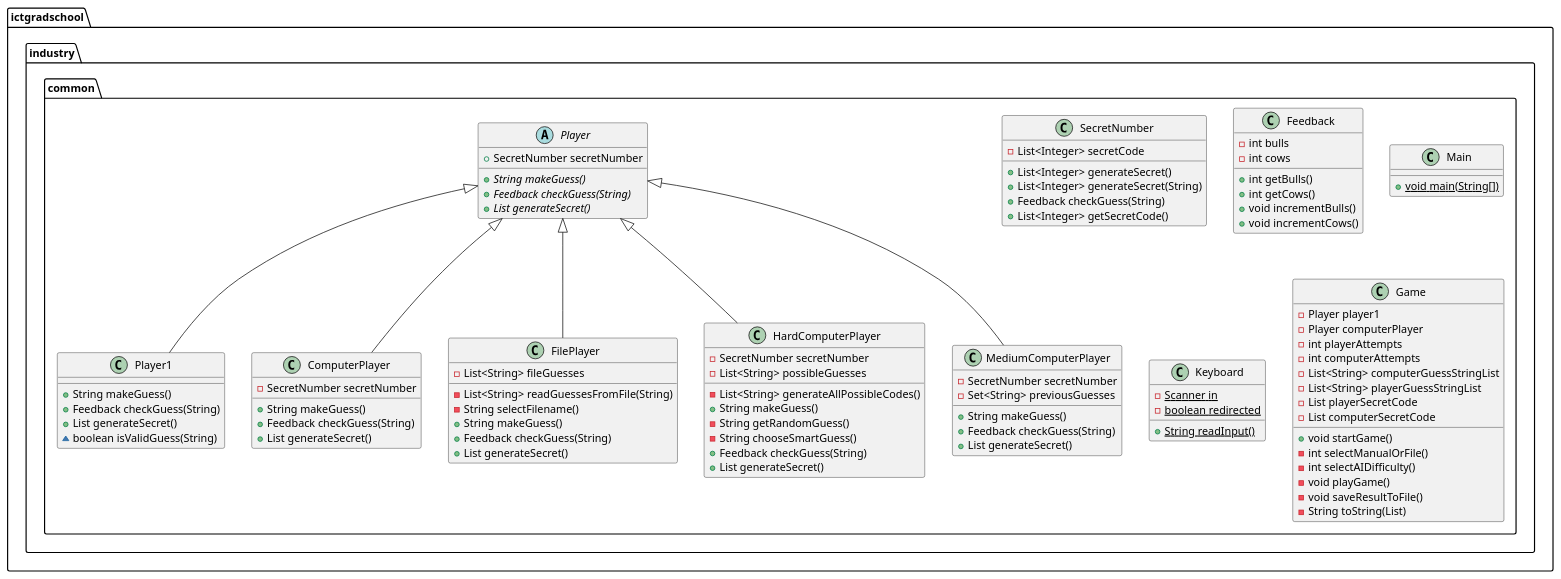
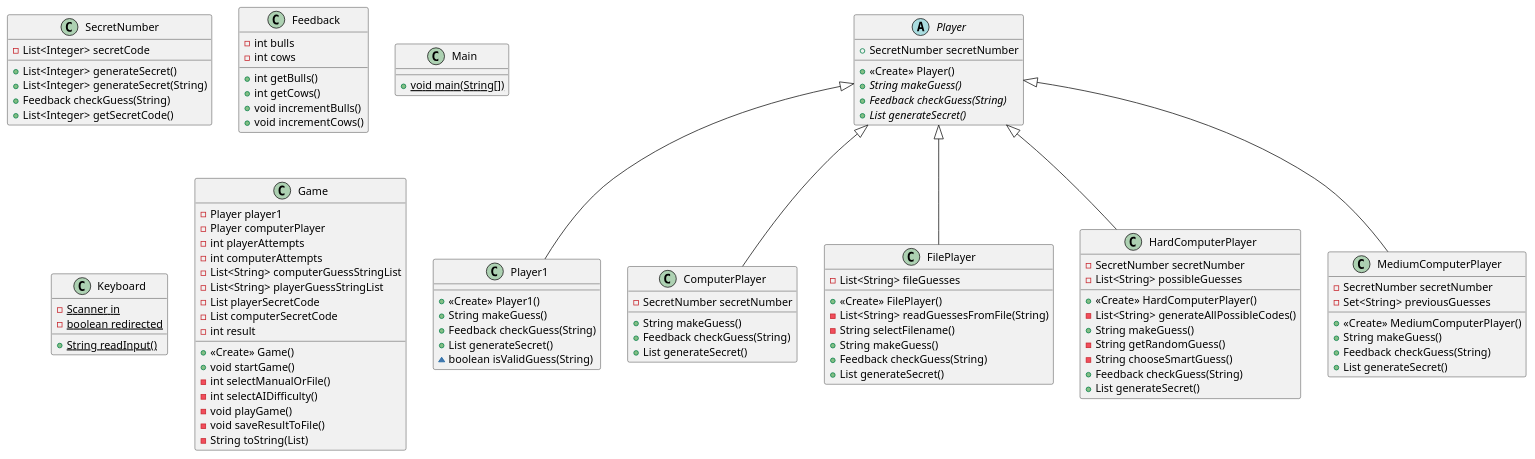
The diagram in doc/final-class.puml (ManfordZeng-waikato/Java-Mini-Project), drawn with PlantUML before and after one commit.

Commit message:
final-UML

```diff
--- a/doc/final-class.puml
+++ b/doc/final-class.puml
@@ -1,91 +1,98 @@
 @startuml
-class ictgradschool.industry.common.Player1 {
+class Player1 {
++ <<Create>> Player1()
 + String makeGuess()
 + Feedback checkGuess(String)
 + List generateSecret()
 ~ boolean isValidGuess(String)
 }
-class ictgradschool.industry.common.ComputerPlayer {
+class ComputerPlayer {
 - SecretNumber secretNumber
 + String makeGuess()
 + Feedback checkGuess(String)
 + List generateSecret()
 }
-abstract class ictgradschool.industry.common.Player {
+abstract class Player {
 + SecretNumber secretNumber
++ <<Create>> Player()
 + {abstract}String makeGuess()
 + {abstract}Feedback checkGuess(String)
 + {abstract}List generateSecret()
 }
-class ictgradschool.industry.common.SecretNumber {
+class SecretNumber {
 - List<Integer> secretCode
 + List<Integer> generateSecret()
 + List<Integer> generateSecret(String)
 + Feedback checkGuess(String)
 + List<Integer> getSecretCode()
 }
-class ictgradschool.industry.common.Feedback {
+class Feedback {
 - int bulls
 - int cows
 + int getBulls()
 + int getCows()
 + void incrementBulls()
 + void incrementCows()
 }
-class ictgradschool.industry.common.Main {
+class Main {
 + {static} void main(String[])
 }
-class ictgradschool.industry.common.Keyboard {
+class Keyboard {
 - {static} Scanner in
 - {static} boolean redirected
 + {static} String readInput()
 }
-class ictgradschool.industry.common.FilePlayer {
+class FilePlayer {
 - List<String> fileGuesses
++ <<Create>> FilePlayer()
 - List<String> readGuessesFromFile(String)
 - String selectFilename()
 + String makeGuess()
 + Feedback checkGuess(String)
 + List generateSecret()
 }
-class ictgradschool.industry.common.HardComputerPlayer {
+class HardComputerPlayer {
 - SecretNumber secretNumber
 - List<String> possibleGuesses
++ <<Create>> HardComputerPlayer()
 - List<String> generateAllPossibleCodes()
 + String makeGuess()
 - String getRandomGuess()
 - String chooseSmartGuess()
 + Feedback checkGuess(String)
 + List generateSecret()
 }
-class ictgradschool.industry.common.Game {
+class Game {
 - Player player1
 - Player computerPlayer
 - int playerAttempts
 - int computerAttempts
 - List<String> computerGuessStringList
 - List<String> playerGuessStringList
 - List playerSecretCode
 - List computerSecretCode
+- int result
++ <<Create>> Game()
 + void startGame()
 - int selectManualOrFile()
 - int selectAIDifficulty()
 - void playGame()
 - void saveResultToFile()
 - String toString(List)
 }
-class ictgradschool.industry.common.MediumComputerPlayer {
+class MediumComputerPlayer {
 - SecretNumber secretNumber
 - Set<String> previousGuesses
++ <<Create>> MediumComputerPlayer()
 + String makeGuess()
 + Feedback checkGuess(String)
 + List generateSecret()
 }
 
 
-ictgradschool.industry.common.Player <|-- ictgradschool.industry.common.Player1
-ictgradschool.industry.common.Player <|-- ictgradschool.industry.common.ComputerPlayer
-ictgradschool.industry.common.Player <|-- ictgradschool.industry.common.FilePlayer
-ictgradschool.industry.common.Player <|-- ictgradschool.industry.common.HardComputerPlayer
-ictgradschool.industry.common.Player <|-- ictgradschool.industry.common.MediumComputerPlayer
+Player <|-- Player1
+Player <|-- ComputerPlayer
+Player <|-- FilePlayer
+Player <|-- HardComputerPlayer
+Player <|-- MediumComputerPlayer
 @enduml
```
